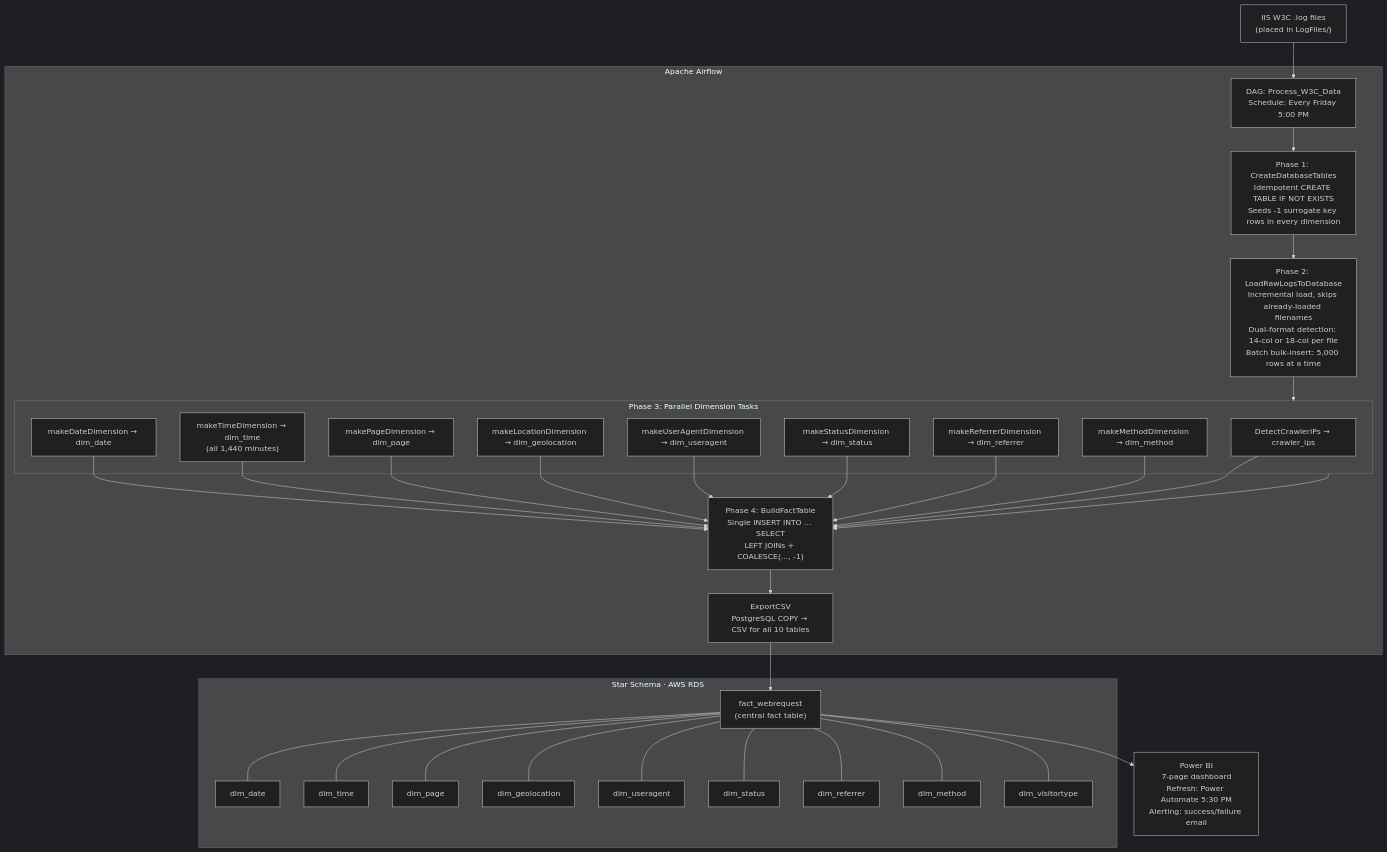
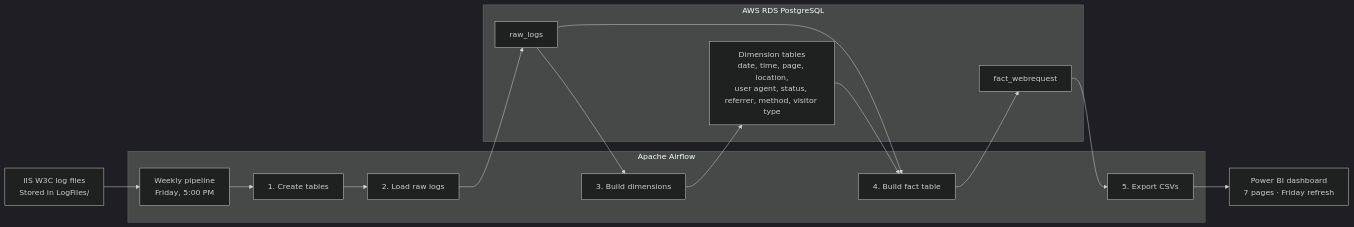
Before and after one commit to AhmedIkram05/w3c-etl-pipeline: the first of 3 diagrams in README.md, drawn with Mermaid (dark theme). The commit also changed other lines of this file, not shown here.

Commit message:
Remove Live Dashboard and update architecture diagram
Removed the Live Dashboard section and updated the architecture diagram for clarity.

````diff
--- a/README.md
+++ b/README.md
@@ -53,65 +51,27 @@
 ```mermaid
-flowchart TD
-    source["IIS W3C .log files<br/>(placed in LogFiles/)"]
+flowchart LR
+    source["IIS W3C log files<br/>Stored in LogFiles/"]
 
     subgraph airflow["Apache Airflow"]
-        dag["DAG: Process_W3C_Data<br/>Schedule: Every Friday 5:00 PM"]
-
-        phase1["Phase 1: CreateDatabaseTables<br/>Idempotent CREATE TABLE IF NOT EXISTS<br/>Seeds -1 surrogate key rows in every dimension"]
-
-        phase2["Phase 2: LoadRawLogsToDatabase<br/>Incremental load, skips already-loaded filenames<br/>Dual-format detection: 14-col or 18-col per file<br/>Batch bulk-insert: 5,000 rows at a time"]
-
-        subgraph phase3["Phase 3: Parallel Dimension Tasks"]
-            d1["makeDateDimension → dim_date"]
-            d2["makeTimeDimension → dim_time<br/>(all 1,440 minutes)"]
-            d3["makePageDimension → dim_page"]
-            d4["makeLocationDimension → dim_geolocation"]
-            d5["makeUserAgentDimension → dim_useragent"]
-            d6["makeStatusDimension → dim_status"]
-            d7["makeReferrerDimension → dim_referrer"]
-            d8["makeMethodDimension → dim_method"]
-            d9["DetectCrawlerIPs → crawler_ips"]
-        end
-
-        phase4["Phase 4: BuildFactTable<br/>Single INSERT INTO ... SELECT<br/>LEFT JOINs + COALESCE(..., -1)"]
-
-        exportcsv["ExportCSV<br/>PostgreSQL COPY → CSV for all 10 tables"]
+        dag["Weekly pipeline<br/>Friday, 5:00 PM"]
+        step1["1. Create tables"]
+        step2["2. Load raw logs"]
+        step3["3. Build dimensions"]
+        step4["4. Build fact table"]
+        step5["5. Export CSVs"]
     end
 
-    subgraph rds["Star Schema · AWS RDS"]
-        fact["fact_webrequest<br/>(central fact table)"]
-        dd["dim_date"]
-        dt["dim_time"]
-        dp["dim_page"]
-        dg["dim_geolocation"]
-        du["dim_useragent"]
-        ds["dim_status"]
-        dr["dim_referrer"]
-        dm["dim_method"]
-        dv["dim_visitortype"]
+    subgraph warehouse["AWS RDS PostgreSQL"]
+        raw["raw_logs"]
+        dims["Dimension tables<br/>date, time, page, location,<br/>user agent, status, referrer, method, visitor type"]
+        fact["fact_webrequest"]
     end
 
-    powerbi["Power BI<br/>7-page dashboard<br/>Refresh: Power Automate 5:30 PM<br/>Alerting: success/failure email"]
+    powerbi["Power BI dashboard<br/>7 pages · Friday refresh"]
 
-    source --> dag --> phase1 --> phase2 --> phase3 --> phase4 --> exportcsv --> fact --> powerbi
-
-    d1 --> phase4
-    d2 --> phase4
-    d3 --> phase4
-    d4 --> phase4
-    d5 --> phase4
-    d6 --> phase4
-    d7 --> phase4
-    d8 --> phase4
-    d9 --> phase4
-
-    fact --- dd
-    fact --- dt
-    fact --- dp
-    fact --- dg
-    fact --- du
-    fact --- ds
-    fact --- dr
-    fact --- dm
-    fact --- dv
+    source --> dag --> step1 --> step2 --> raw
+    raw --> step3 --> dims
+    raw --> step4 --> fact
+    dims --> step4
+    fact --> step5 --> powerbi
 ```
````
